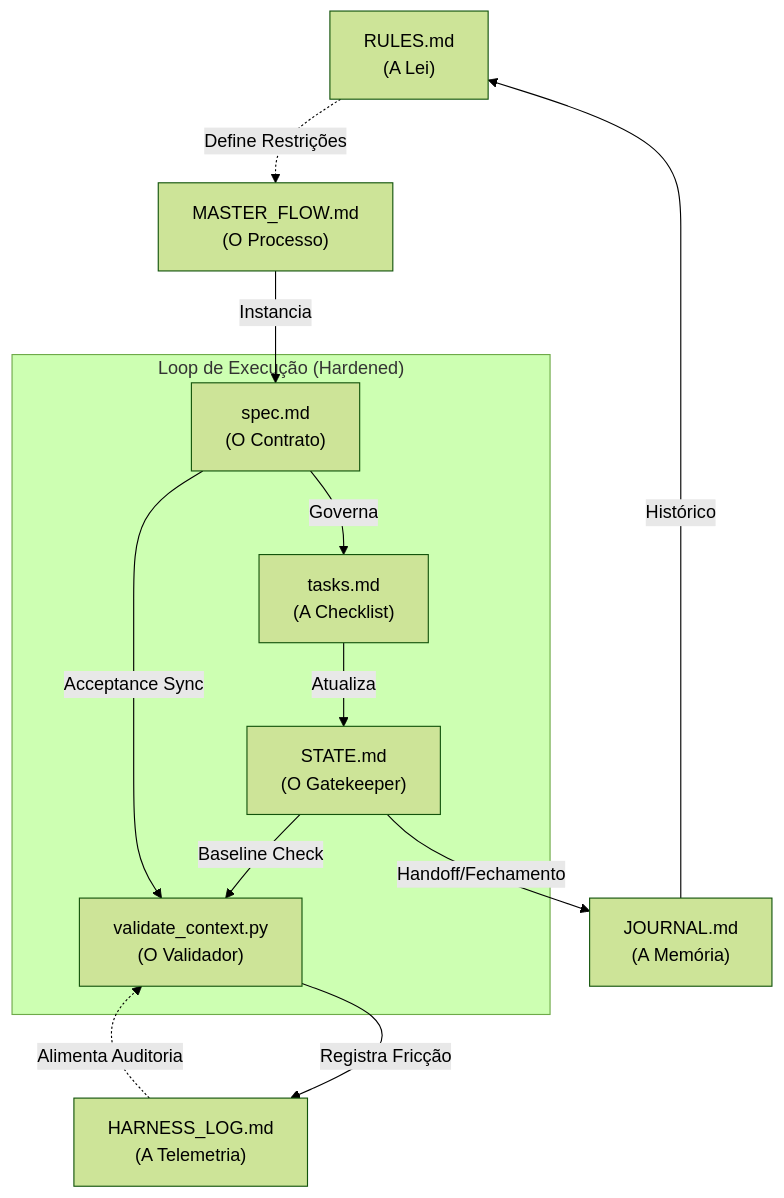
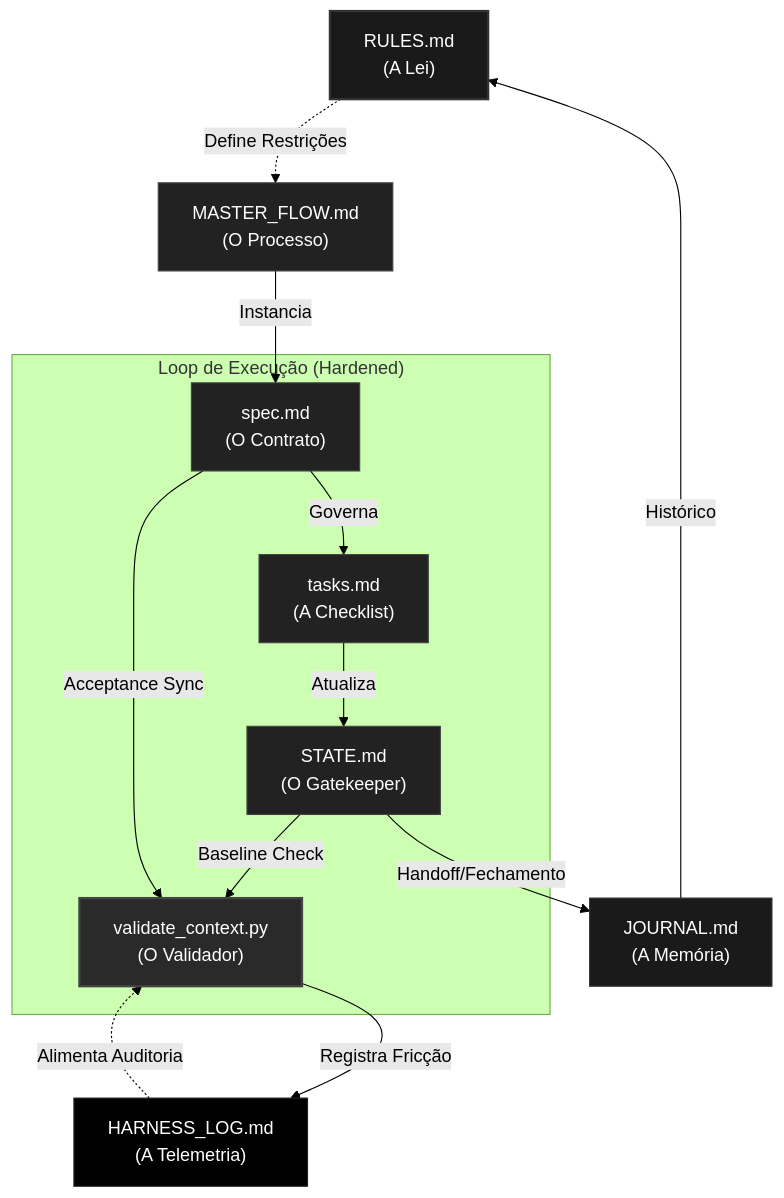
One commit to TalesAvancini/landingpg-crm changed the diagram in .context/maintenance/rx-communications.md. Above: the diagram before and after it, drawn with Mermaid (forest theme).

Commit message:
style: switch rx-communications map to dark/technical theme

````diff
--- a/.context/maintenance/rx-communications.md
+++ b/.context/maintenance/rx-communications.md
@@ -15,34 +15,43 @@
 ```mermaid
 graph TD
     %% Nós (Artefatos)
     RULES["RULES.md<br/>(A Lei)"]
     MF["MASTER_FLOW.md<br/>(O Processo)"]
     SPEC["spec.md<br/>(O Contrato)"]
     STATE["STATE.md<br/>(O Gatekeeper)"]
     TASK["tasks.md<br/>(A Checklist)"]
     JOURNAL["JOURNAL.md<br/>(A Memória)"]
     LOG["HARNESS_LOG.md<br/>(A Telemetria)"]
     VAL["validate_context.py<br/>(O Validador)"]
 
     %% Arestas (Linhas de Contato)
     RULES -.->|Define Restrições| MF
     MF -->|Instancia| SPEC
     SPEC -->|Governa| TASK
     TASK -->|Atualiza| STATE
     
     STATE -->|Baseline Check| VAL
     SPEC -->|Acceptance Sync| VAL
     VAL -->|Registra Fricção| LOG
     
     STATE -->|Handoff/Fechamento| JOURNAL
     JOURNAL -->|Histórico| RULES
     
     LOG -.->|Alimenta Auditoria| VAL
     
     subgraph "Loop de Execução (Hardened)"
         SPEC
         STATE
         TASK
         VAL
     end
+
+    style RULES fill:#1a1a1a,stroke:#333,stroke-width:2px,color:#fff
+    style VAL fill:#2a2a2a,stroke:#444,stroke-width:2px,color:#fff
+    style JOURNAL fill:#1a1a1a,stroke:#333,stroke-width:1px,color:#fff
+    style LOG fill:#000,stroke:#222,stroke-width:1px,color:#fff
+    style MF fill:#222,stroke:#444,color:#fff
+    style SPEC fill:#222,stroke:#444,color:#fff
+    style STATE fill:#222,stroke:#444,color:#fff
+    style TASK fill:#222,stroke:#444,color:#fff
 ```
````
